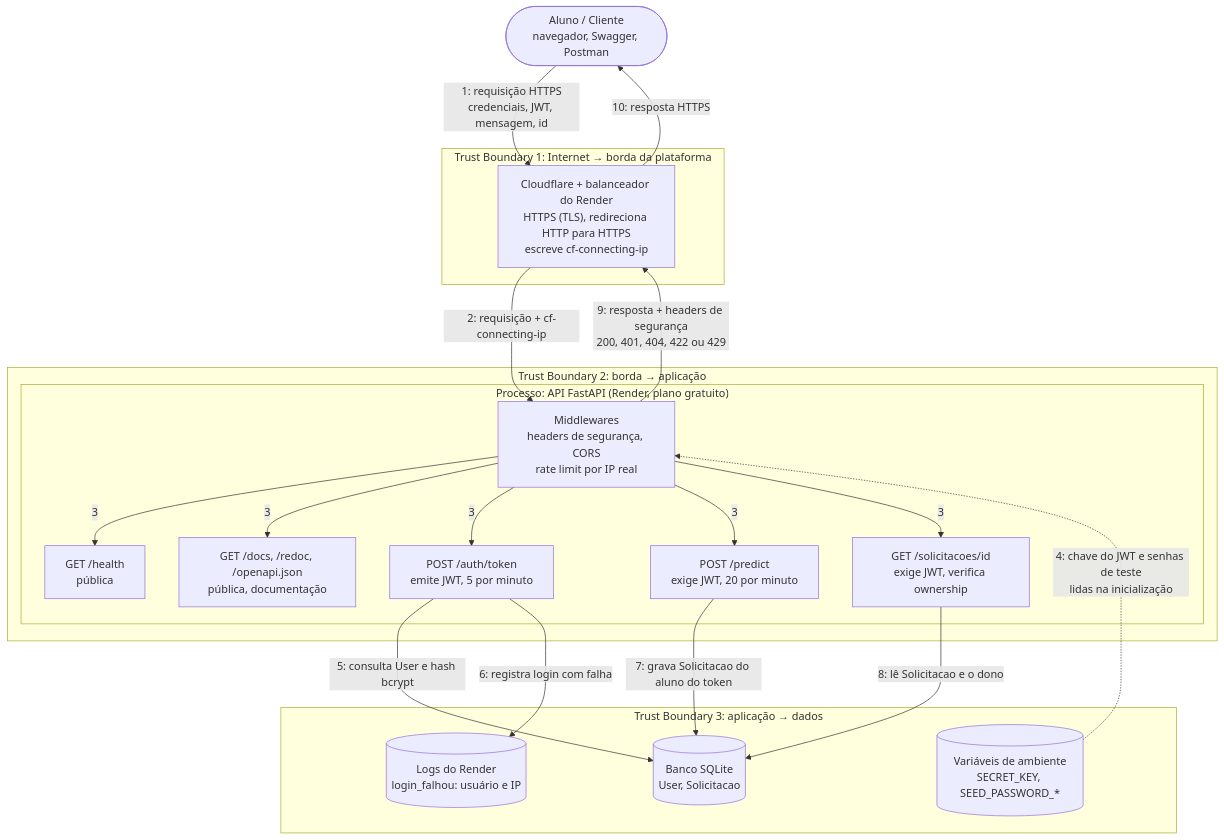
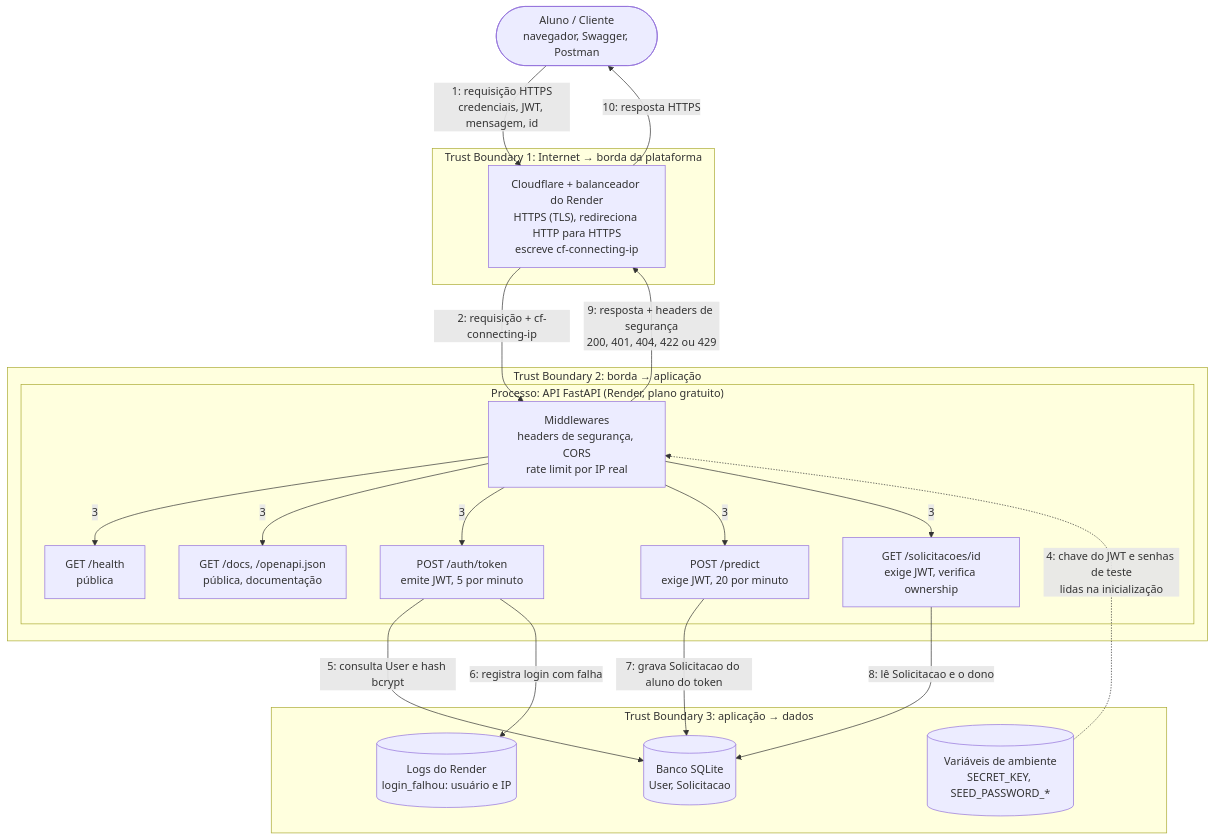
The first of 2 diagrams in dfd/dfd.md (patricia-diasr/edubot-analytics), drawn with Mermaid before and after one commit. The commit also changed other lines of this file and 12 other files, not shown here.

````diff
--- a/dfd/dfd.md
+++ b/dfd/dfd.md
@@ -53,41 +53,41 @@
 ```mermaid
 flowchart TB
     Aluno(["Aluno / Cliente<br/>navegador, Swagger, Postman"])
 
     subgraph TB1["Trust Boundary 1: Internet → borda da plataforma"]
       Edge["Cloudflare + balanceador do Render<br/>HTTPS (TLS), redireciona HTTP para HTTPS<br/>escreve cf-connecting-ip"]
     end
 
     subgraph TB2["Trust Boundary 2: borda → aplicação"]
       subgraph API["Processo: API FastAPI (Render, plano gratuito)"]
         MW["Middlewares<br/>headers de segurança, CORS<br/>rate limit por IP real"]
         Health["GET /health<br/>pública"]
-        Docs["GET /docs, /redoc, /openapi.json<br/>pública, documentação"]
+        Docs["GET /docs, /openapi.json<br/>pública, documentação"]
         Auth["POST /auth/token<br/>emite JWT, 5 por minuto"]
         Predict["POST /predict<br/>exige JWT, 20 por minuto"]
         Solic["GET /solicitacoes/id<br/>exige JWT, verifica ownership"]
       end
     end
 
     subgraph TB3["Trust Boundary 3: aplicação → dados"]
       DB[("Banco SQLite<br/>User, Solicitacao")]
       Env[("Variáveis de ambiente<br/>SECRET_KEY, SEED_PASSWORD_*")]
       Logs[("Logs do Render<br/>login_falhou: usuário e IP")]
     end
 
     Aluno -- "1: requisição HTTPS<br/>credenciais, JWT, mensagem, id" --> Edge
     Edge -- "2: requisição + cf-connecting-ip" --> MW
     MW -- "3" --> Health
     MW -- "3" --> Docs
     MW -- "3" --> Auth
     MW -- "3" --> Predict
     MW -- "3" --> Solic
     Auth -- "5: consulta User e hash bcrypt" --> DB
     Auth -- "6: registra login com falha" --> Logs
     Predict -- "7: grava Solicitacao do aluno do token" --> DB
     Solic -- "8: lê Solicitacao e o dono" --> DB
     Predict ~~~ Env
     Env -. "4: chave do JWT e senhas de teste<br/>lidas na inicialização" .-> MW
     MW -- "9: resposta + headers de segurança<br/>200, 401, 404, 422 ou 429" --> Edge
     Edge -- "10: resposta HTTPS" --> Aluno
 ```
````
